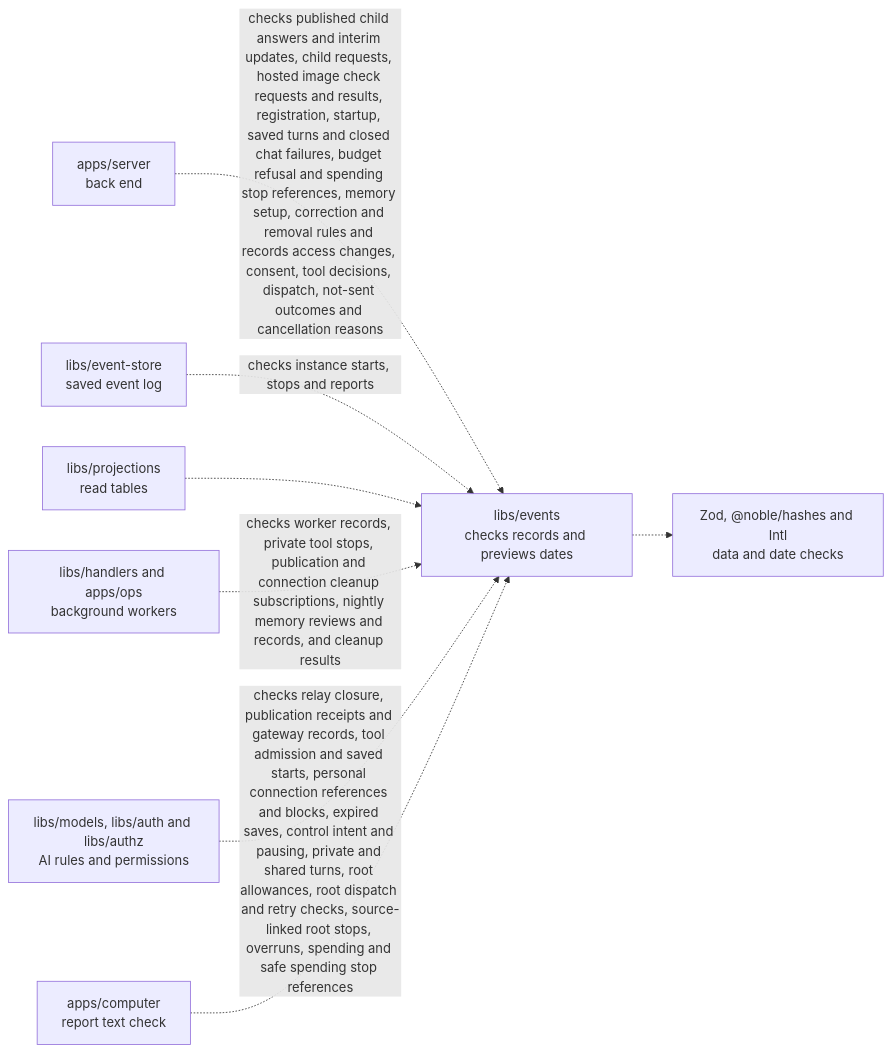
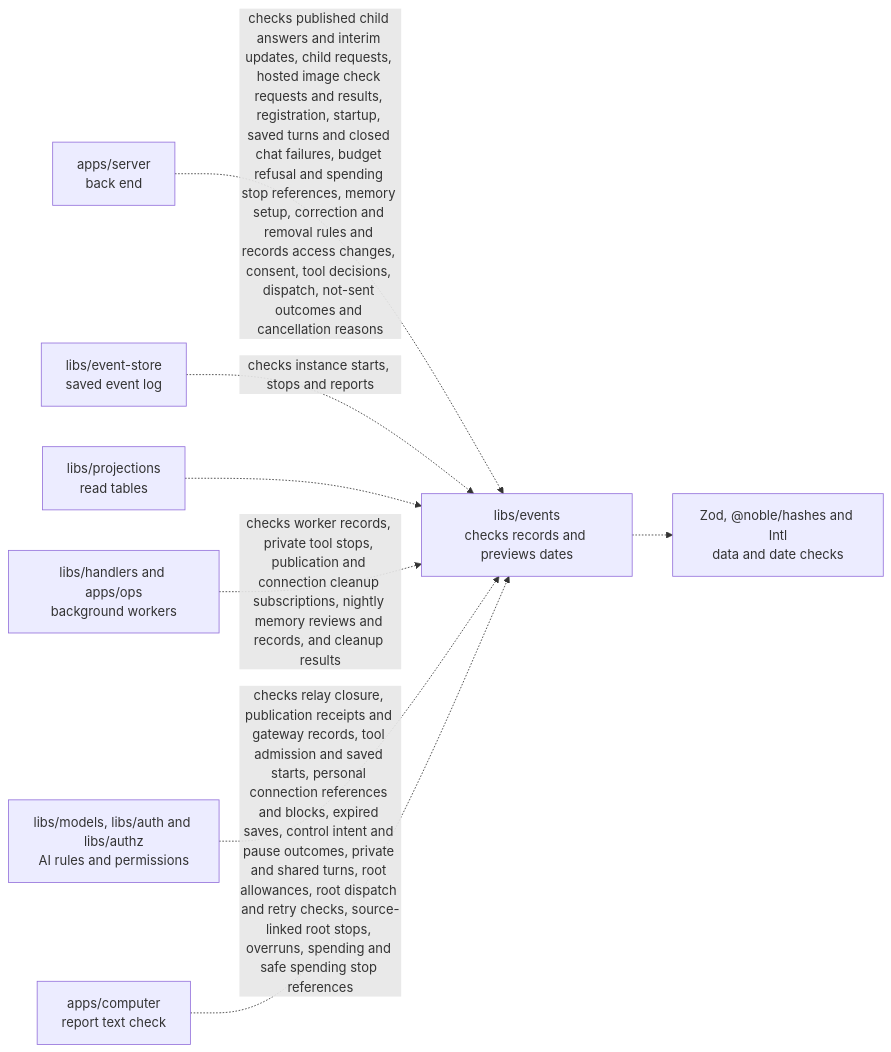
One commit to elewa-git/opencrane-new changed the diagram in libs/events/README.md. Above: the diagram before and after it, drawn with Mermaid. The commit also changed other lines of this file and 22 other files, not shown here.

````diff
--- a/libs/events/README.md
+++ b/libs/events/README.md
@@ -27,10 +27,10 @@
 ```mermaid
 flowchart LR
   server["apps/server<br/>back end"] -.->|checks published child answers and interim updates, child requests, hosted image check requests and results, registration, startup, saved turns and closed chat failures, budget refusal and spending stop references, memory setup, correction and removal rules and records access changes, consent, tool decisions, dispatch, not-sent outcomes and cancellation reasons| events["libs/events<br/>checks records and previews dates"]
   store["libs/event-store<br/>saved event log"] -.->|checks instance starts, stops and reports| events
   projections["libs/projections<br/>read tables"] -.-> events
   workers["libs/handlers and apps/ops<br/>background workers"] -.->|checks worker records, private tool stops, publication and connection cleanup subscriptions, nightly memory reviews and records, and cleanup results| events
-  others["libs/models, libs/auth and libs/authz<br/>AI rules and permissions"] -.->|checks relay closure, publication receipts and gateway records, tool admission and saved starts, personal connection references and blocks, expired saves, control intent and pausing, private and shared turns, root allowances, root dispatch and retry checks, source-linked root stops, overruns, spending and safe spending stop references| events
+  others["libs/models, libs/auth and libs/authz<br/>AI rules and permissions"] -.->|checks relay closure, publication receipts and gateway records, tool admission and saved starts, personal connection references and blocks, expired saves, control intent and pause outcomes, private and shared turns, root allowances, root dispatch and retry checks, source-linked root stops, overruns, spending and safe spending stop references| events
   computer["apps/computer<br/>report text check"] -.-> events
   events -.-> checks["Zod, @noble/hashes and Intl<br/>data and date checks"]
 ```
````
